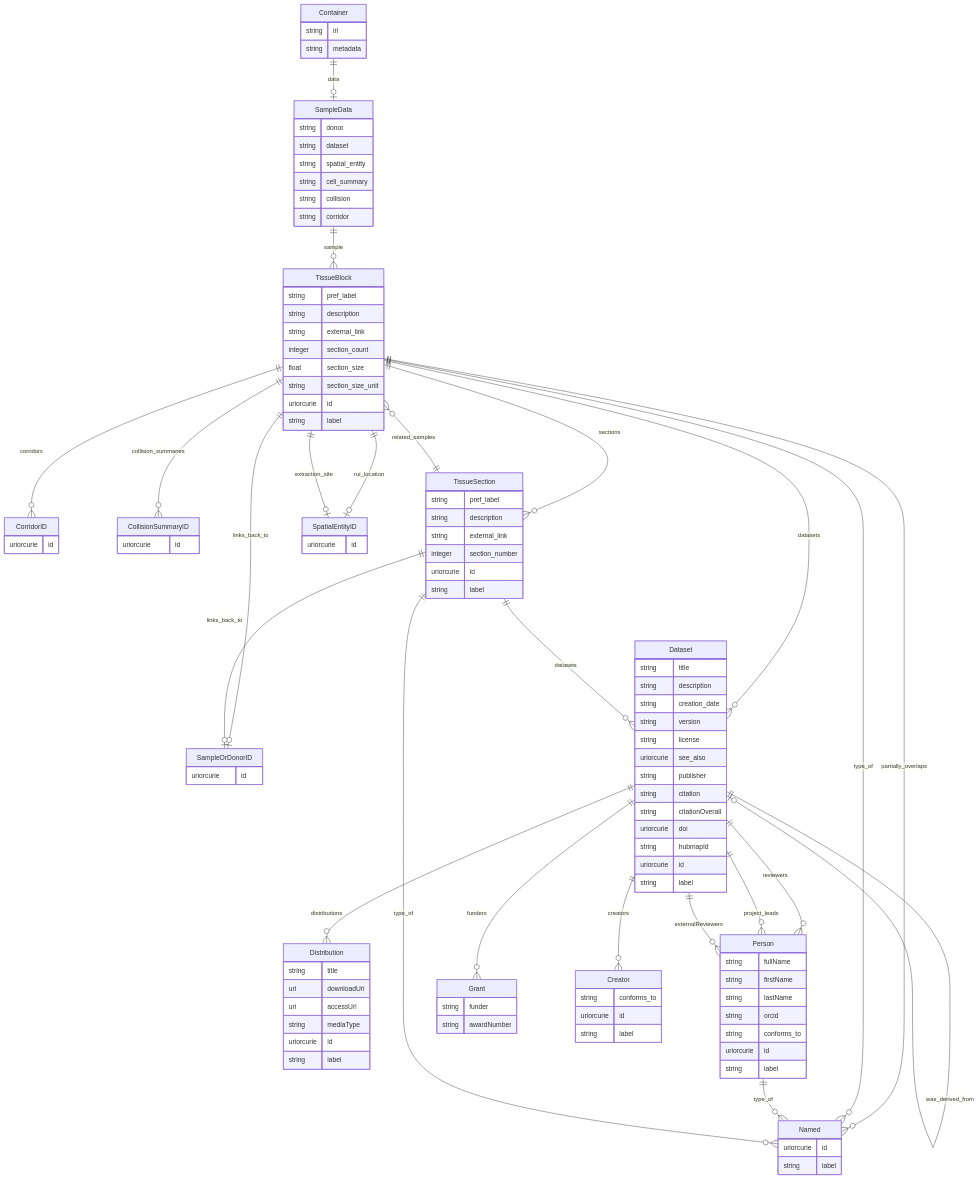
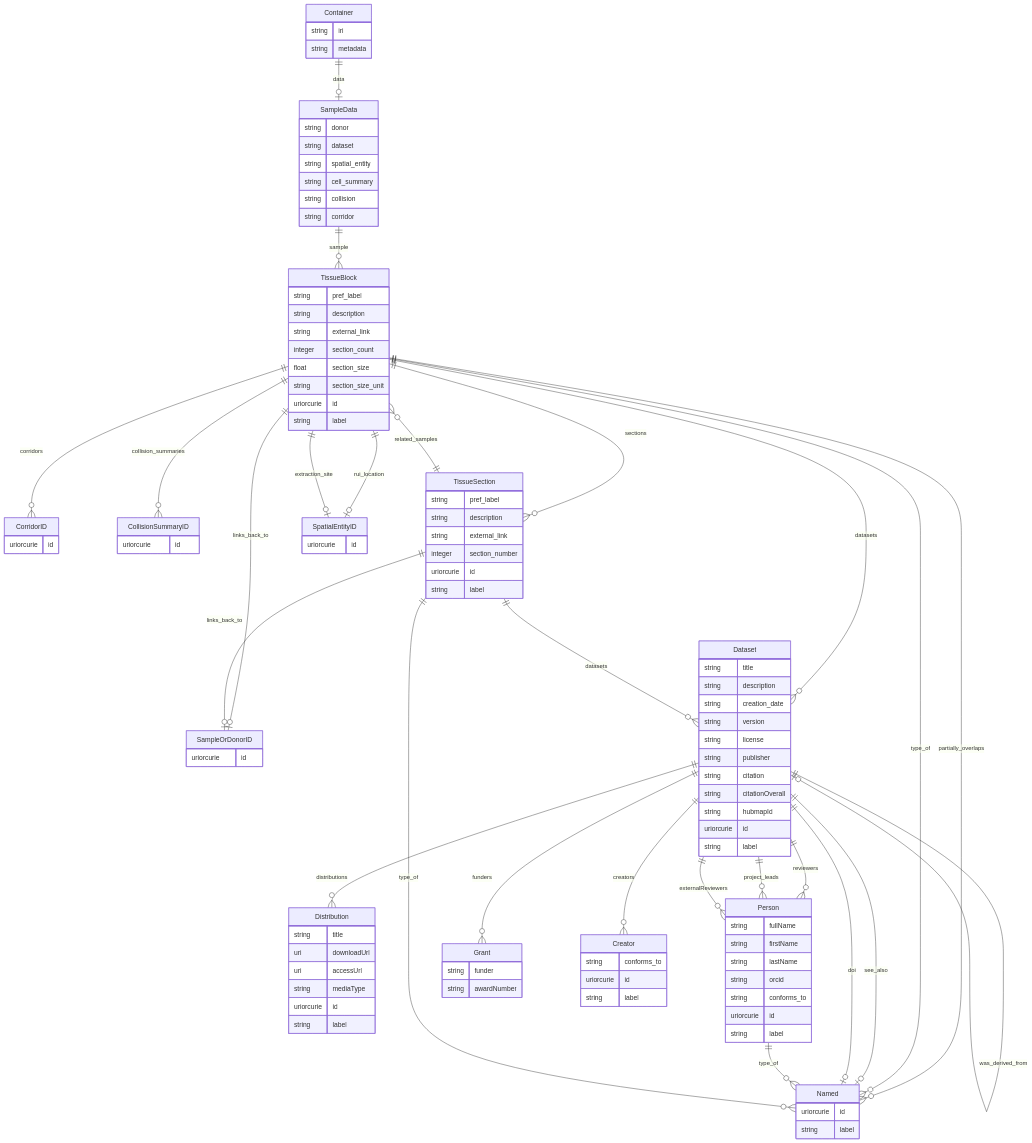
One commit to hubmapconsortium/hra-do-processor changed diagram 15 of 18 in er-diagrams.md. Above: the diagram before and after it, drawn with Mermaid. The commit also changed other lines of this file and 26 other files, not shown here.

```diff
--- a/er-diagrams.md
+++ b/er-diagrams.md
@@ -1123,11 +1135,9 @@
     string creation_date  
     string version  
     string license  
-    uriorcurie see_also  
     string publisher  
     string citation  
     string citationOverall  
-    uriorcurie doi  
     string hubmapId  
     uriorcurie id  
     string label  
@@ -1183,7 +1193,9 @@
 TissueBlock ||--}o Named : "type_of"
 Dataset ||--}o Creator : "creators"
 Dataset ||--}o Person : "reviewers"
+Dataset ||--|o Named : "see_also"
 Dataset ||--}o Grant : "funders"
+Dataset ||--|o Named : "doi"
 Dataset ||--}o Person : "project_leads"
 Dataset ||--}o Person : "externalReviewers"
 Dataset ||--}o Distribution : "distributions"
```
